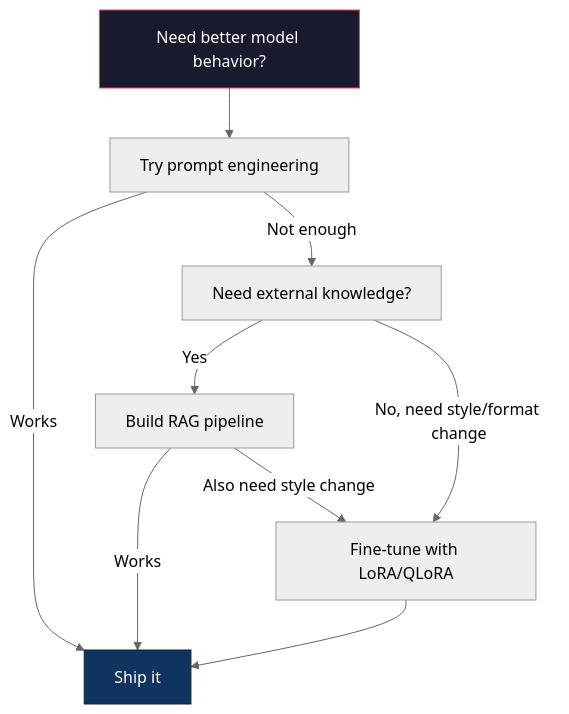
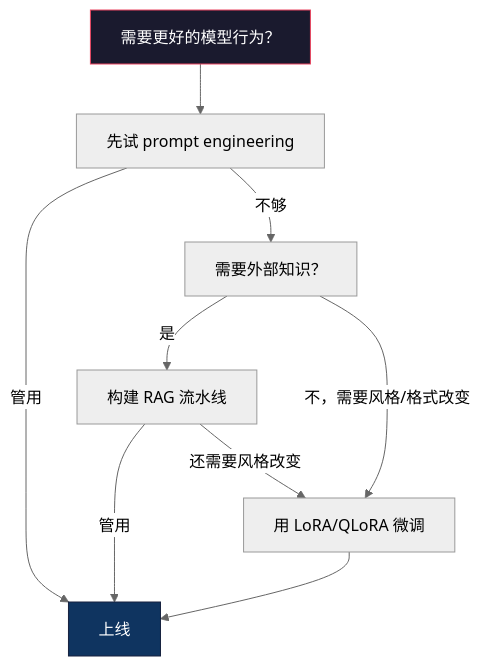
Before and after one commit to alessandrodinisio-ai/ai-engineering-learning-framework: the second of 2 diagrams in phases/11-llm-engineering/08-fine-tuning-lora/docs/zh.md, drawn with Mermaid (neutral theme). The commit also changed other lines of this file and 120 other files, not shown here.

First line of the commit message:
i18n(mermaid): 337 个 mermaid 图表标签中文化

````diff
--- a/phases/11-llm-engineering/08-fine-tuning-lora/docs/zh.md
+++ b/phases/11-llm-engineering/08-fine-tuning-lora/docs/zh.md
@@ -206,14 +206,14 @@
 ```mermaid
 graph TD
-    Start["Need better model behavior?"] --> PE["Try prompt engineering"]
-    PE -->|"Works"| Done["Ship it"]
-    PE -->|"Not enough"| RAG["Need external knowledge?"]
-    RAG -->|"Yes"| RAGBuild["Build RAG pipeline"]
-    RAG -->|"No, need style/format change"| FT["Fine-tune with LoRA/QLoRA"]
-    RAGBuild -->|"Works"| Done
-    RAGBuild -->|"Also need style change"| FT
+    Start["需要更好的模型行为？"] --> PE["先试 prompt engineering"]
+    PE -->|"管用"| Done["上线"]
+    PE -->|"不够"| RAG["需要外部知识？"]
+    RAG -->|"是"| RAGBuild["构建 RAG 流水线"]
+    RAG -->|"不，需要风格/格式改变"| FT["用 LoRA/QLoRA 微调"]
+    RAGBuild -->|"管用"| Done
+    RAGBuild -->|"还需要风格改变"| FT
     FT --> Done
 
     style Start fill:#1a1a2e,stroke:#e94560,color:#fff
     style Done fill:#0f3460,stroke:#16213e,color:#fff
 ```
````
